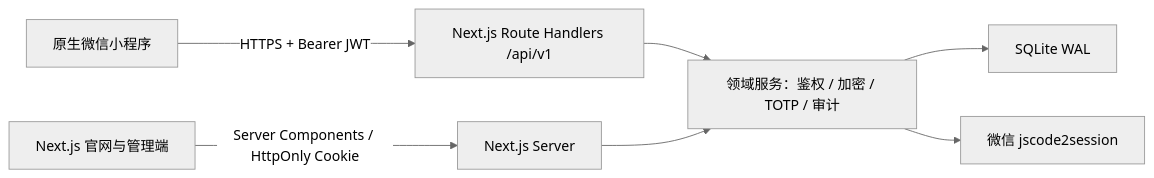
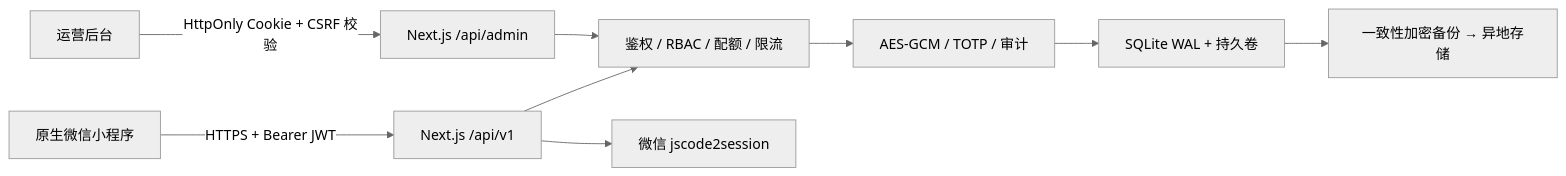
Before and after one commit to zyxyxz/CodePool: the diagram in docs/ARCHITECTURE.md, drawn with Mermaid (neutral theme). The commit also changed other lines of this file and 135 other files, not shown here.

````diff
--- a/docs/ARCHITECTURE.md
+++ b/docs/ARCHITECTURE.md
@@ -5,9 +3,11 @@
 ```mermaid
 flowchart LR
-  M["原生微信小程序"] -->|"HTTPS + Bearer JWT"| R["Next.js Route Handlers /api/v1"]
-  W["Next.js 官网与管理端"] -->|"Server Components / HttpOnly Cookie"| S["Next.js Server"]
-  R --> D["领域服务：鉴权 / 加密 / TOTP / 审计"]
-  S --> D
-  D --> Q["SQLite WAL"]
-  D --> X["微信 jscode2session"]
+  M["原生微信小程序"] -->|"HTTPS + Bearer JWT"| V["Next.js /api/v1"]
+  A["运营后台"] -->|"HttpOnly Cookie + CSRF 校验"| O["Next.js /api/admin"]
+  V --> D["鉴权 / RBAC / 配额 / 限流"]
+  O --> D
+  D --> C["AES-GCM / TOTP / 审计"]
+  C --> Q["SQLite WAL + 持久卷"]
+  V --> W["微信 jscode2session"]
+  Q --> B["一致性加密备份 → 异地存储"]
 ```
````
